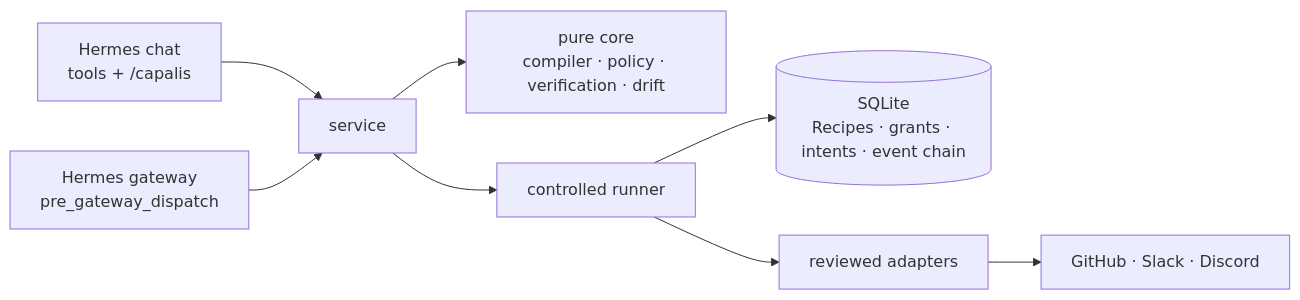
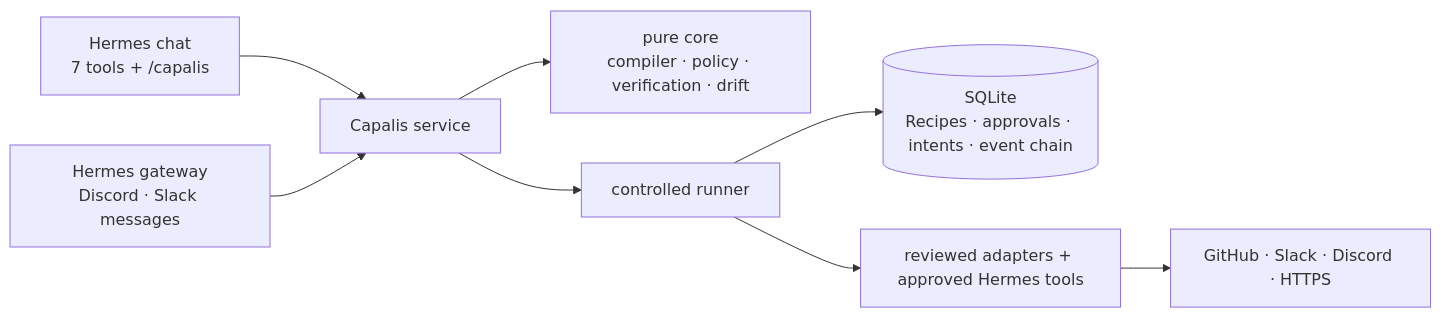
Before and after one commit to Femtech-web/Capalis: the diagram in README.md, drawn with Mermaid. The commit also changed other lines of this file and 39 other files, not shown here.

Commit message:
feat: overhaul README with badges and add extensive service, contracts, and test improvements for capalis plugin

````diff
--- a/README.md
+++ b/README.md
@@ -101,9 +125,9 @@
 ```mermaid
 flowchart LR
-  chat["Hermes chat<br/>tools + /capalis"] --> svc["service"]
-  gw["Hermes gateway<br/>pre_gateway_dispatch"] --> svc
+  chat["Hermes chat<br/>7 tools + /capalis"] --> svc["Capalis service"]
+  gw["Hermes gateway<br/>Discord · Slack messages"] --> svc
   svc --> core["pure core<br/>compiler · policy · verification · drift"]
   svc --> run["controlled runner"]
-  run --> db[("SQLite<br/>Recipes · grants · intents · event chain")]
-  run --> ad["reviewed adapters"] --> ext["GitHub · Slack · Discord"]
+  run --> db[("SQLite<br/>Recipes · approvals · intents · event chain")]
+  run --> ad["reviewed adapters + approved Hermes tools"] --> ext["GitHub · Slack · Discord · HTTPS"]
 ```
````
